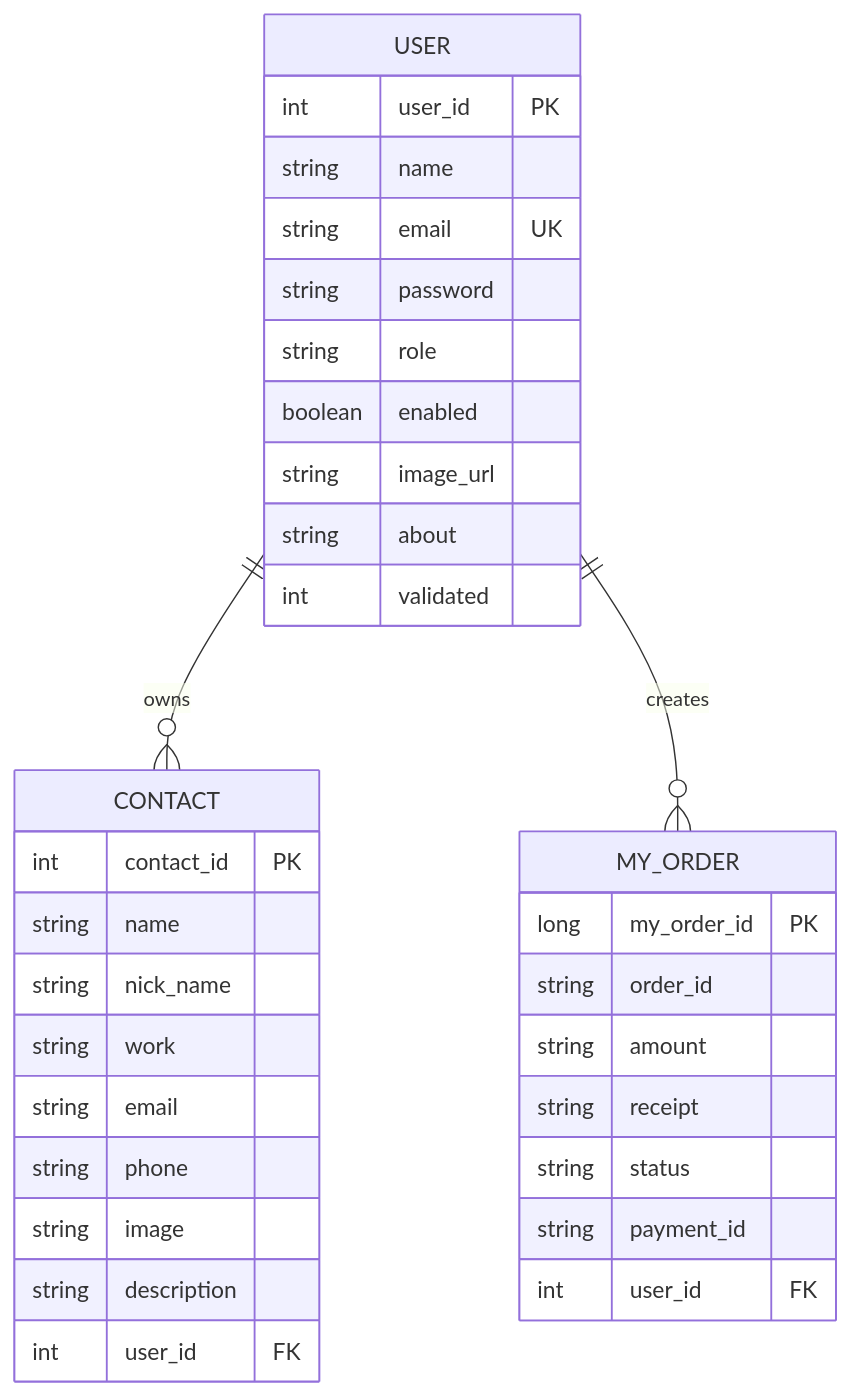
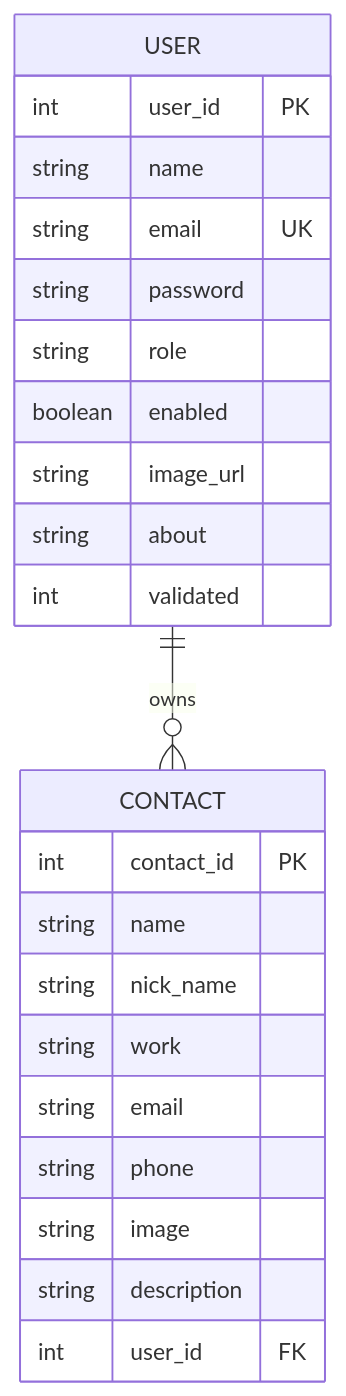
The fourth of 4 diagrams in README.md (BIMLESH5560/SmartContactManagerNew), drawn with Mermaid before and after one commit. The commit also changed other lines of this file and 10 other files, not shown here.

````diff
--- a/README.md
+++ b/README.md
@@ -173,37 +147,27 @@
 ```mermaid
 erDiagram
     USER ||--o{ CONTACT : owns
-    USER ||--o{ MY_ORDER : creates
 
     USER {
         int user_id PK
         string name
         string email UK
         string password
         string role
         boolean enabled
         string image_url
         string about
         int validated
     }
     CONTACT {
         int contact_id PK
         string name
         string nick_name
         string work
         string email
         string phone
         string image
         string description
         int user_id FK
     }
-    MY_ORDER {
-        long my_order_id PK
-        string order_id
-        string amount
-        string receipt
-        string status
-        string payment_id
-        int user_id FK
-    }
 ```
````
